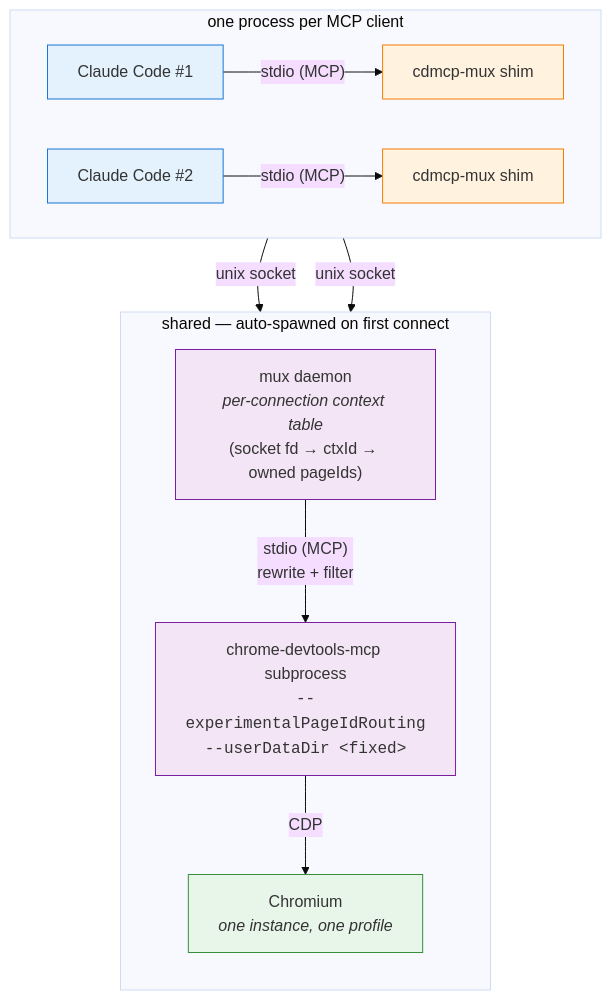
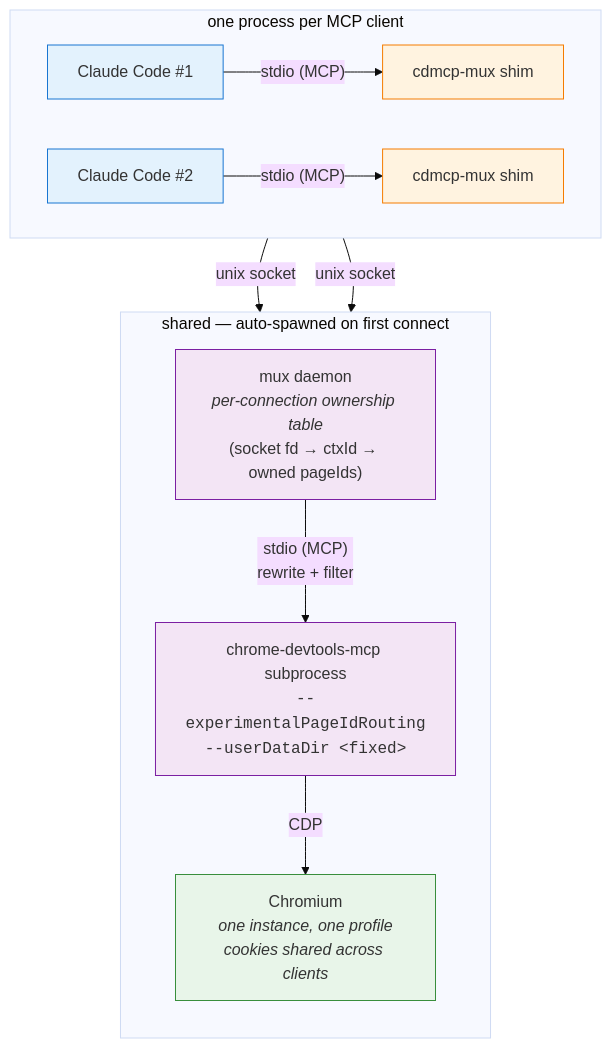
Before and after one commit to ochen1/chrome-devtools-mcp-mux: the diagram in README.md, drawn with Mermaid (base theme). The commit also changed other lines of this file and 5 other files, not shown here.

````diff
--- a/README.md
+++ b/README.md
@@ -84,29 +109,29 @@
 ```mermaid
 flowchart TB
     subgraph clients["one process per MCP client"]
       direction LR
       C1["Claude Code #1"] -- "stdio (MCP)" --> S1["cdmcp-mux shim"]
       C2["Claude Code #2"] -- "stdio (MCP)" --> S2["cdmcp-mux shim"]
     end
 
     subgraph shared["shared — auto-spawned on first connect"]
       direction TB
-      D["mux daemon<br/><i>per-connection context table</i><br/>(socket fd → ctxId → owned pageIds)"]
+      D["mux daemon<br/><i>per-connection ownership table</i><br/>(socket fd → ctxId → owned pageIds)"]
       U["chrome-devtools-mcp subprocess<br/><code>--experimentalPageIdRouting</code><br/><code>--userDataDir &lt;fixed&gt;</code>"]
-      B["Chromium<br/><i>one instance, one profile</i>"]
+      B["Chromium<br/><i>one instance, one profile<br/>cookies shared across clients</i>"]
       D -- "stdio (MCP)<br/>rewrite + filter" --> U
       U -- "CDP" --> B
     end
 
     S1 -- "unix socket" --> D
     S2 -- "unix socket" --> D
 
     classDef client fill:#e3f2fd,stroke:#1976d2
     classDef shim fill:#fff3e0,stroke:#f57c00
     classDef core fill:#f3e5f5,stroke:#7b1fa2
     classDef browser fill:#e8f5e9,stroke:#388e3c
     class C1,C2 client
     class S1,S2 shim
     class D,U core
     class B browser
 ```
````
